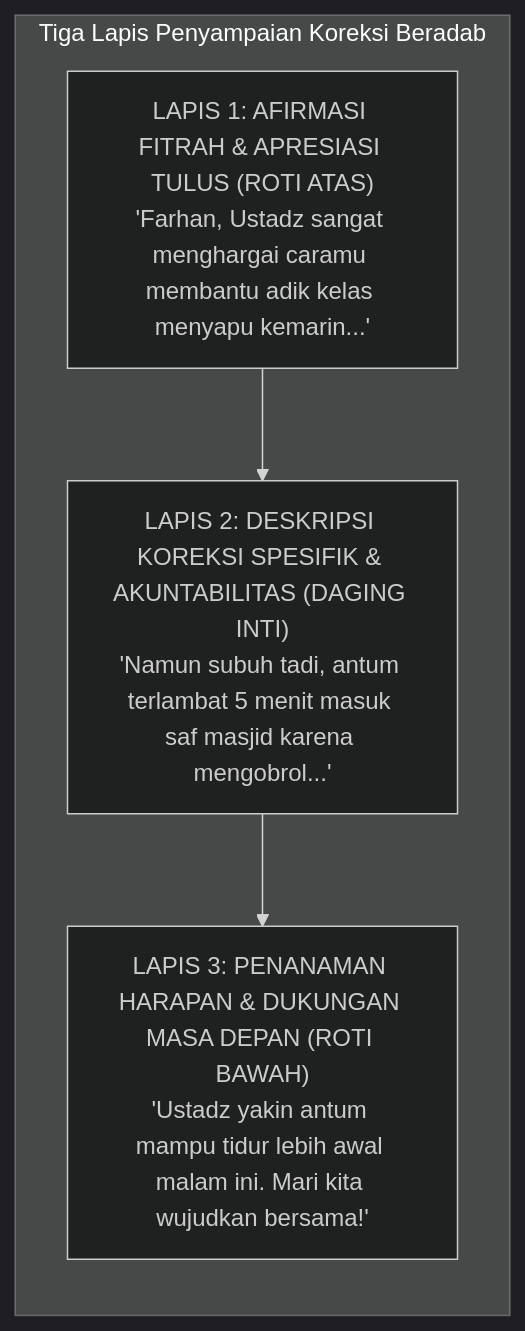
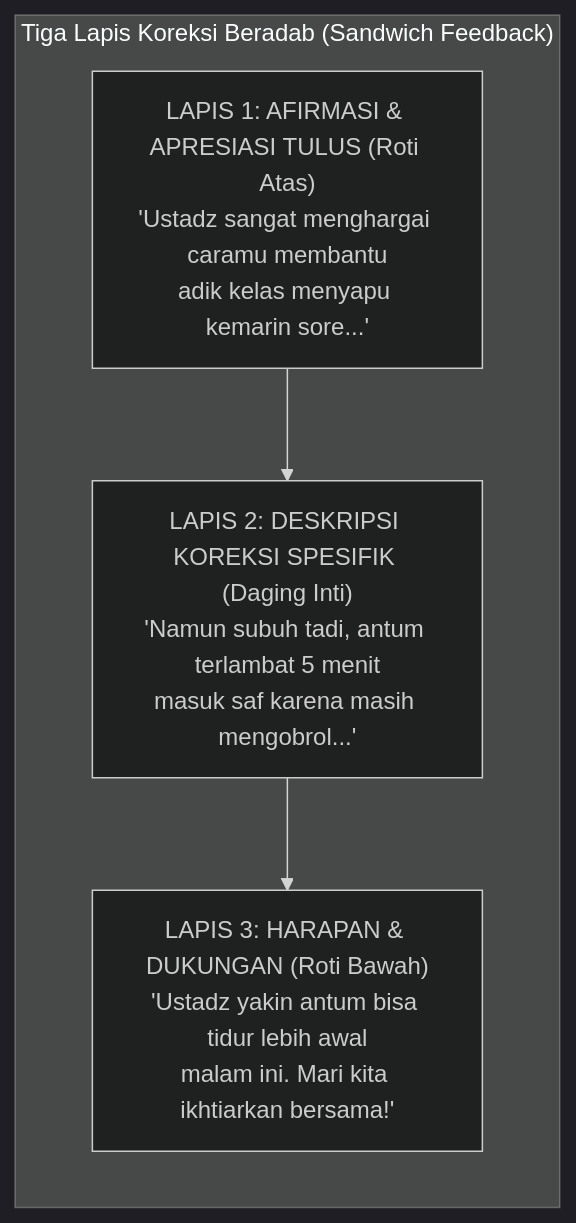
One commit to wandiapriliyandi/tumbuh changed the third of 3 diagrams in BOOK Series 1/01-The-Fundamental-of-TUMBUH/Bab-16-Filosofi-Asesmen-Karakter-dan-Metode-Pengumpulan-Data.md. Above: the diagram before and after it, drawn with Mermaid (dark theme). The commit also changed other lines of this file and 35 other files, not shown here.

Commit message:
fix(book-01): optimasi keterbacaan diagram mermaid pada seluruh bab dan perbarui 20 file PDF

````diff
--- a/BOOK Series 1/01-The-Fundamental-of-TUMBUH/Bab-16-Filosofi-Asesmen-Karakter-dan-Metode-Pengumpulan-Data.md
+++ b/BOOK Series 1/01-The-Fundamental-of-TUMBUH/Bab-16-Filosofi-Asesmen-Karakter-dan-Metode-Pengumpulan-Data.md
@@ -232,11 +238,9 @@
 ```mermaid
 graph TD
-    subgraph TEKNIK_ROTI_LAPIS_ADAB["Tiga Lapis Penyampaian Koreksi Beradab"]
+    subgraph TEKNIK_ROTI_LAPIS_ADAB["Tiga Lapis Koreksi Beradab (Sandwich Feedback)"]
         direction TB
-        L1["LAPIS 1: AFIRMASI FITRAH & APRESIASI TULUS (ROTI ATAS)<br/>'Farhan, Ustadz sangat menghargai caramu membantu adik kelas menyapu kemarin...'"]
-        L2["LAPIS 2: DESKRIPSI KOREKSI SPESIFIK & AKUNTABILITAS (DAGING INTI)<br/>'Namun subuh tadi, antum terlambat 5 menit masuk saf masjid karena mengobrol...'"]
-        L3["LAPIS 3: PENANAMAN HARAPAN & DUKUNGAN MASA DEPAN (ROTI BAWAH)<br/>'Ustadz yakin antum mampu tidur lebih awal malam ini. Mari kita wujudkan bersama!'"]
-        
-        L1 --> L2 --> L3
+        L1["LAPIS 1: AFIRMASI & APRESIASI TULUS (Roti Atas)<br/>'Ustadz sangat menghargai caramu membantu<br/>adik kelas menyapu kemarin sore...'"]
+        --> L2["LAPIS 2: DESKRIPSI KOREKSI SPESIFIK (Daging Inti)<br/>'Namun subuh tadi, antum terlambat 5 menit<br/>masuk saf karena masih mengobrol...'"]
+        --> L3["LAPIS 3: HARAPAN & DUKUNGAN (Roti Bawah)<br/>'Ustadz yakin antum bisa tidur lebih awal<br/>malam ini. Mari kita ikhtiarkan bersama!'"]
     end
 ```
````
